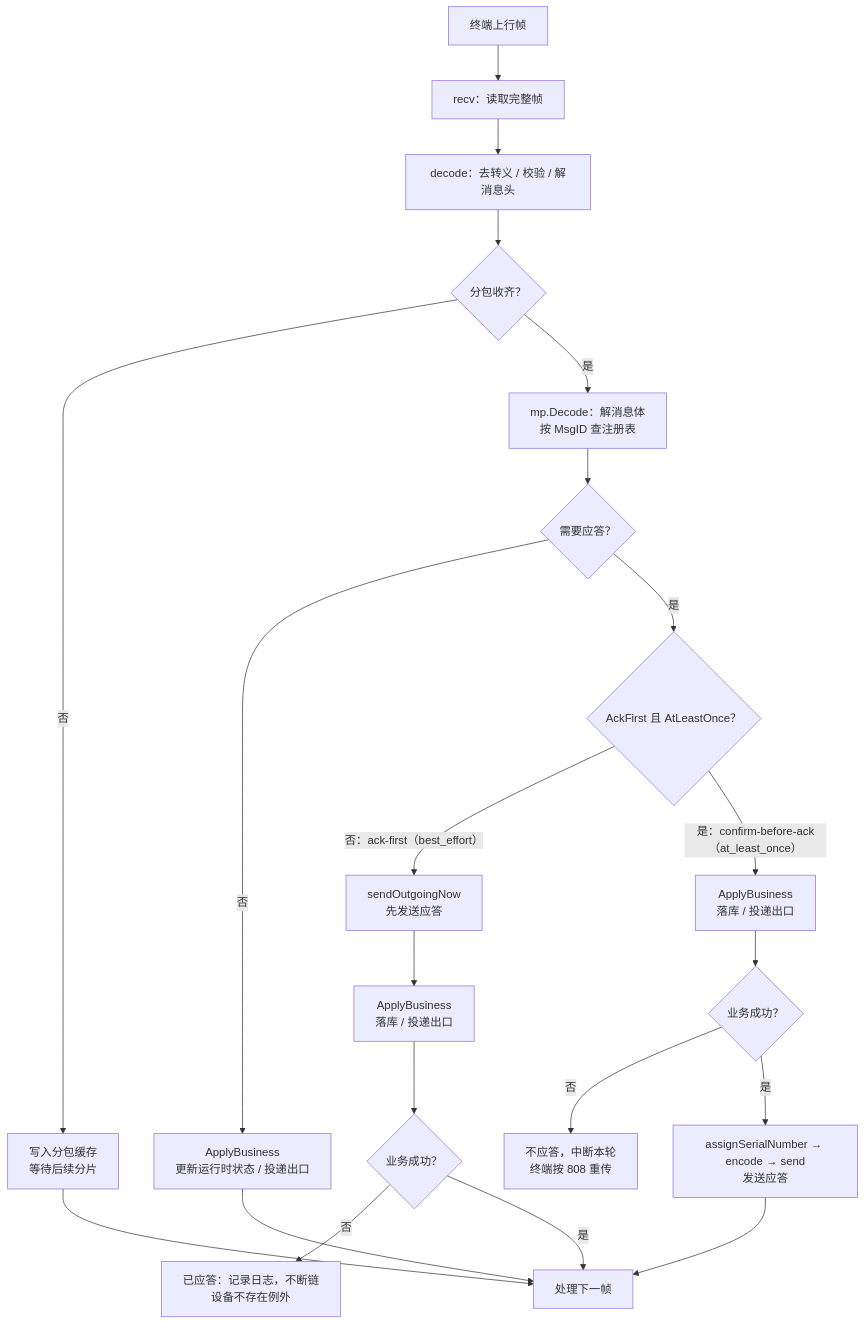
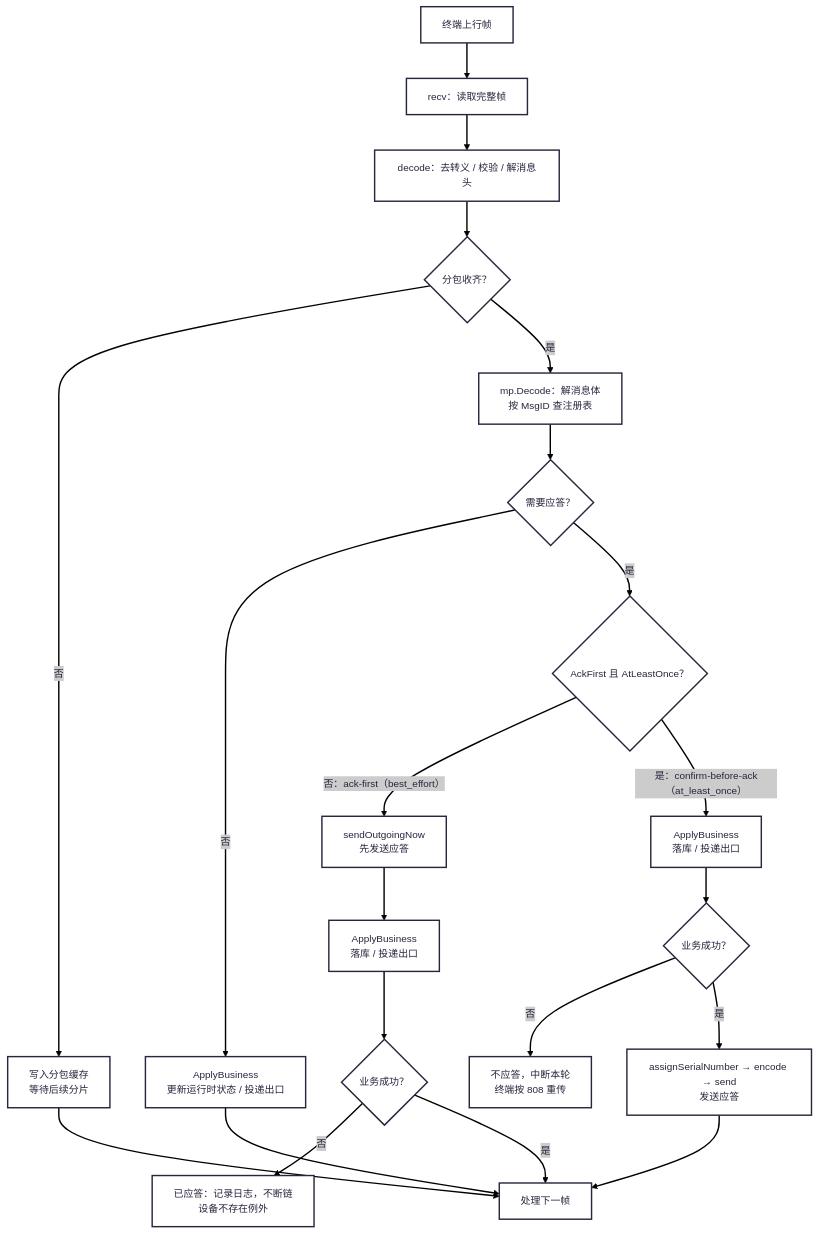
Before and after one commit to fakeyanss/jt808-server-go: the first of 4 diagrams in docs/architecture.md, drawn with Mermaid. The commit also changed other lines of this file, not shown here.

First line of the commit message:
docs: 同步 Mermaid 主题与集群多副本样式

````diff
--- a/docs/architecture.md
+++ b/docs/architecture.md
@@ -9,23 +9,27 @@
 ```mermaid
+---
+config:
+  theme: redux-color
+---
 flowchart TD
     A["终端上行帧"] --> B["recv：读取完整帧"]
     B --> C["decode：去转义 / 校验 / 解消息头"]
     C --> D{"分包收齐？"}
     D -- 否 --> D1["写入分包缓存<br/>等待后续分片"]
     D -- 是 --> E["mp.Decode：解消息体<br/>按 MsgID 查注册表"]
     E --> F{"需要应答？"}
     F -- 否 --> G["ApplyBusiness<br/>更新运行时状态 / 投递出口"]
     F -- 是 --> H{"AckFirst 且 AtLeastOnce？"}
     H -- "否：ack-first（best_effort）" --> I["sendOutgoingNow<br/>先发送应答"]
     I --> J["ApplyBusiness<br/>落库 / 投递出口"]
     H -- "是：confirm-before-ack（at_least_once）" --> K["ApplyBusiness<br/>落库 / 投递出口"]
     K --> L{"业务成功？"}
     L -- 否 --> M["不应答，中断本轮<br/>终端按 808 重传"]
     L -- 是 --> N["assignSerialNumber → encode → send<br/>发送应答"]
     J --> O{"业务成功？"}
     O -- 否 --> P["已应答：记录日志，不断链<br/>设备不存在例外"]
     O -- 是 --> Q["处理下一帧"]
     N --> Q
     G --> Q
     D1 --> Q
 ```
````
